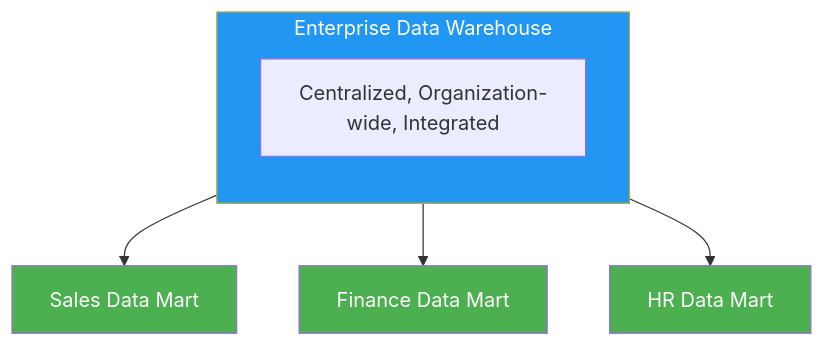
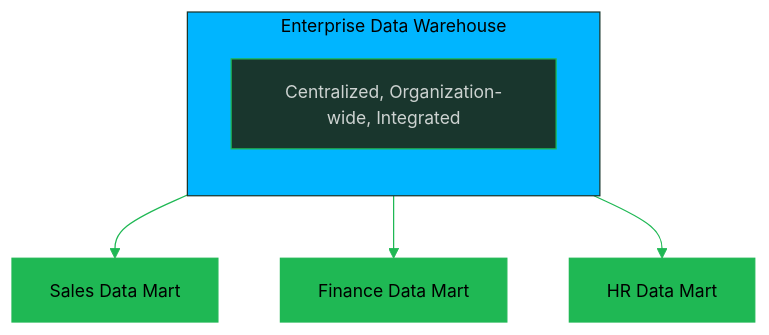
One commit to oat431/swe-knowledge changed the sixth of 7 diagrams in computing-foundation-note/Database/04 Data Warehousing/04_Data_Warehousing_and_Mining.md. Above: the diagram before and after it, drawn with Mermaid. The commit also changed other lines of this file and 139 other files, not shown here.

````diff
--- a/computing-foundation-note/Database/04 Data Warehousing/04_Data_Warehousing_and_Mining.md
+++ b/computing-foundation-note/Database/04 Data Warehousing/04_Data_Warehousing_and_Mining.md
@@ -355,16 +360,17 @@
 ```mermaid
+%%{init: {'theme':'base','themeVariables':{'primaryColor':'#19362D','primaryTextColor':'#CDD3D1','primaryBorderColor':'#1FB854','lineColor':'#1FB854','secondaryColor':'#161212','tertiaryColor':'#1B1717','background':'#1B1717','mainBkg':'#19362D','nodeBorder':'#1FB854','clusterBkg':'#161212','clusterBorder':'#19362D','titleColor':'#1FB854','edgeLabelBackground':'#161212','fontSize':'14px'}}}%%
 flowchart TD
     subgraph EDW["Enterprise Data Warehouse"]
         direction TB
         CENTRAL[Centralized, Organization-wide, Integrated]
     end
 
     EDW --> SALES[Sales Data Mart]
     EDW --> FINANCE[Finance Data Mart]
     EDW --> HR[HR Data Mart]
 
-    style EDW fill:#2196F3,color:#fff
-    style SALES fill:#4CAF50,color:#fff
-    style FINANCE fill:#4CAF50,color:#fff
-    style HR fill:#4CAF50,color:#fff
+    style EDW fill:#00B5FF,color:#000000
+    style SALES fill:#1FB854,color:#000000
+    style FINANCE fill:#1FB854,color:#000000
+    style HR fill:#1FB854,color:#000000
 ```
````
